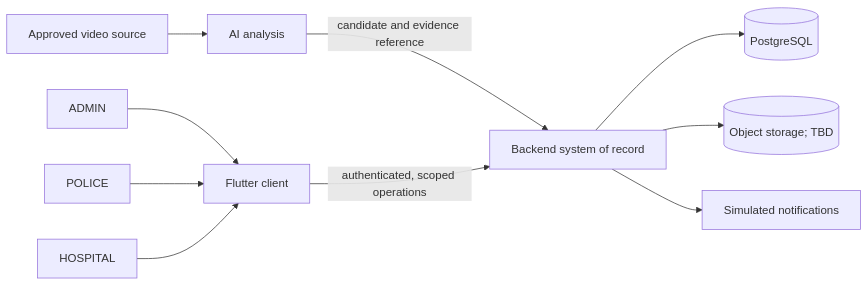
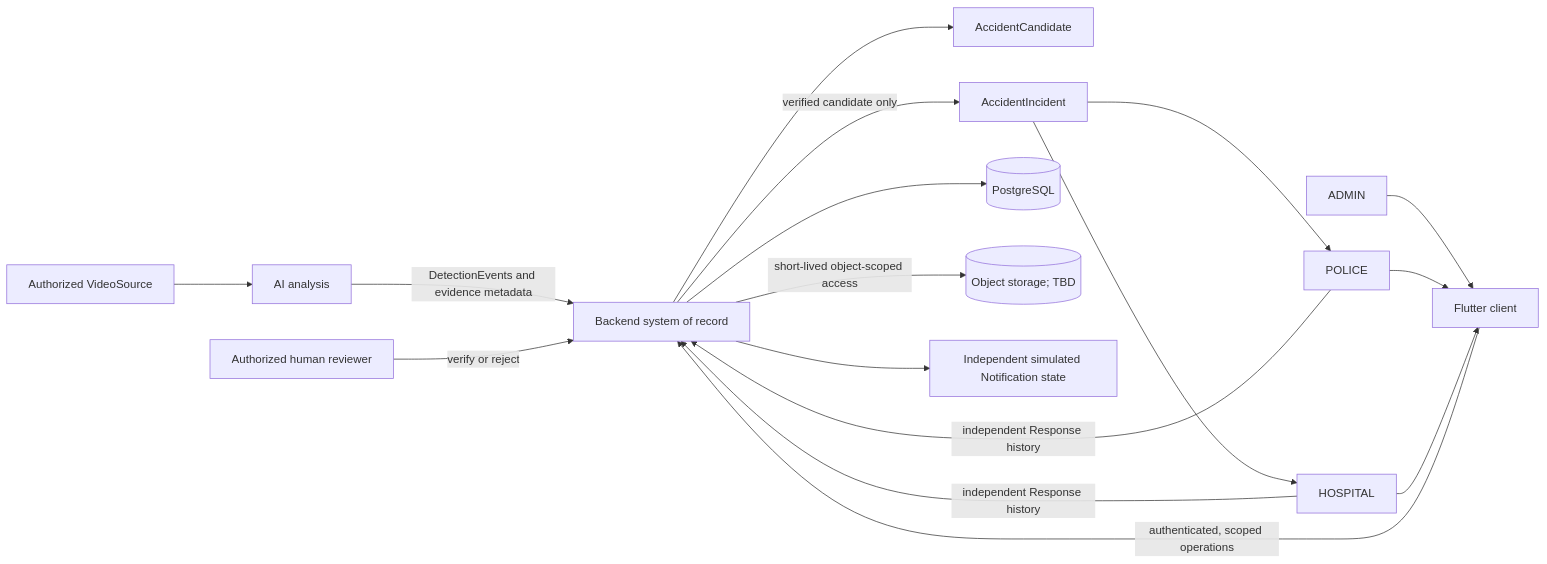
One commit to rajatchouksey615-alt/ResQVision changed the diagram in docs/architecture/architecture_overview.md. Above: the diagram before and after it, drawn with Mermaid. The commit also changed other lines of this file and 35 other files, not shown here.

Commit message:
docs: refine system architecture and response workflows

```diff
--- a/docs/architecture/architecture_overview.md
+++ b/docs/architecture/architecture_overview.md
@@ -9,12 +9,19 @@
 ~~~mermaid
 flowchart LR
-    Source[Approved video source] --> AI[AI analysis]
-    AI -->|candidate and evidence reference| Backend[Backend system of record]
+    Source[Authorized VideoSource] --> AI[AI analysis]
+    AI -->|DetectionEvents and evidence metadata| Backend[Backend system of record]
+    Backend --> Candidate[AccidentCandidate]
+    Reviewer[Authorized human reviewer] -->|verify or reject| Backend
+    Backend -->|verified candidate only| Incident[AccidentIncident]
+    Incident --> Police[Police ResponseAssignment]
+    Incident --> Hospital[Hospital ResponseAssignment]
+    Police -->|independent Response history| Backend
+    Hospital -->|independent Response history| Backend
     Admin[ADMIN] --> App[Flutter client]
     Police[POLICE] --> App
     Hospital[HOSPITAL] --> App
     App -->|authenticated, scoped operations| Backend
     Backend --> DB[(PostgreSQL)]
-    Backend --> Media[(Object storage; TBD)]
-    Backend --> Sim[Simulated notifications]
+    Backend -->|short-lived object-scoped access| Media[(Object storage; TBD)]
+    Backend --> Sim[Independent simulated Notification state]
 ~~~
```
